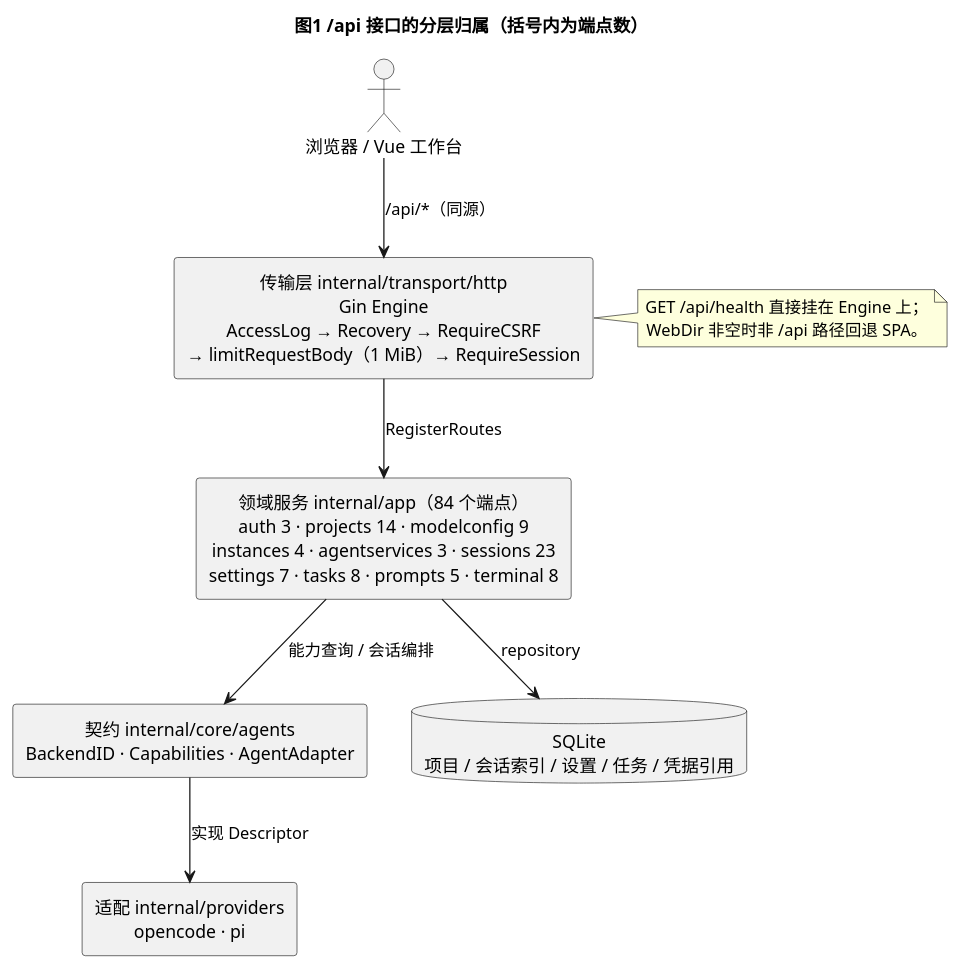
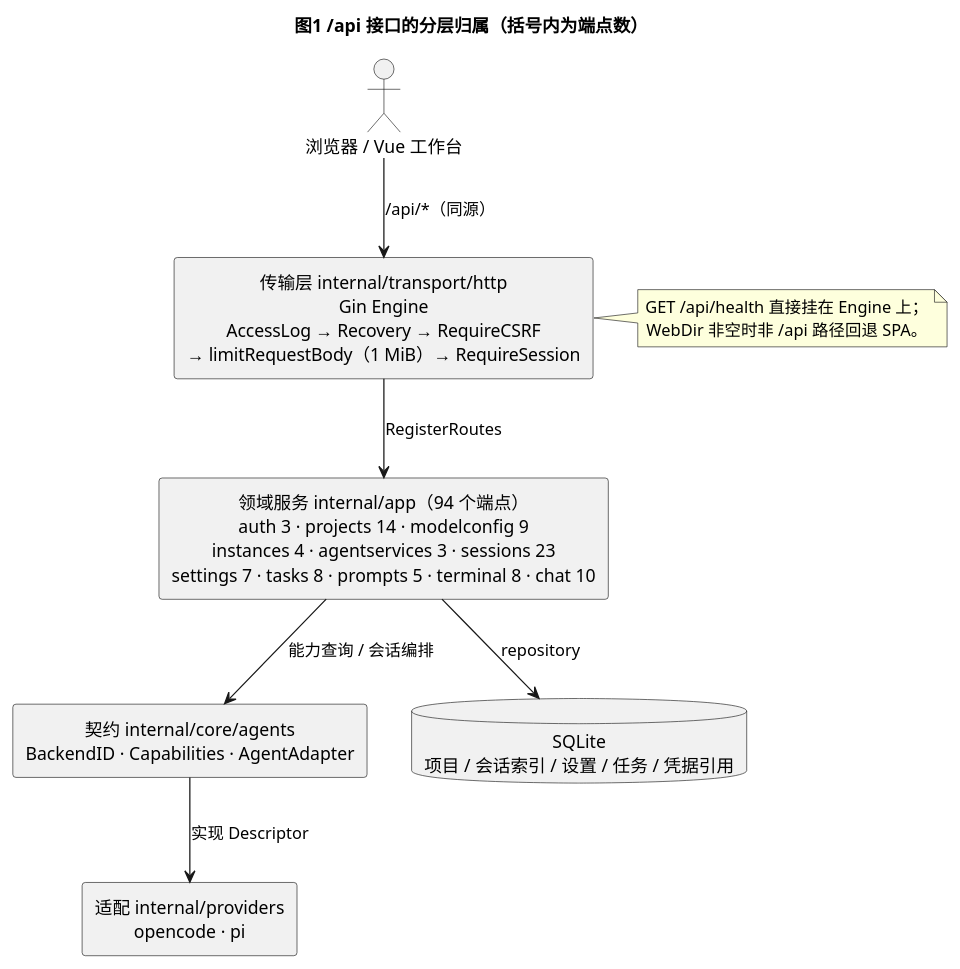
One commit to nickdevelop/dev_platform changed the first of 5 diagrams in docs/api/backend-api-inventory.md. Above: the diagram before and after it, drawn with PlantUML. The commit also changed other lines of this file and 54 other files, not shown here.

````diff
--- a/docs/api/backend-api-inventory.md
+++ b/docs/api/backend-api-inventory.md
@@ -33,30 +33,30 @@
 ```plantuml
 @startuml
 title 图1 /api 接口的分层归属（括号内为端点数）
 
 skinparam componentStyle rectangle
 skinparam defaultTextAlignment center
 top to bottom direction
 
 actor "浏览器 / Vue 工作台" as Web
 
 rectangle "传输层 internal/transport/http\nGin Engine\nAccessLog → Recovery → RequireCSRF\n→ limitRequestBody（1 MiB）→ RequireSession" as T
 
-rectangle "领域服务 internal/app（84 个端点）\nauth 3 · projects 14 · modelconfig 9\ninstances 4 · agentservices 3 · sessions 23\nsettings 7 · tasks 8 · prompts 5 · terminal 8" as D
+rectangle "领域服务 internal/app（94 个端点）\nauth 3 · projects 14 · modelconfig 9\ninstances 4 · agentservices 3 · sessions 23\nsettings 7 · tasks 8 · prompts 5 · terminal 8 · chat 10" as D
 
 rectangle "契约 internal/core/agents\nBackendID · Capabilities · AgentAdapter" as C
 rectangle "适配 internal/providers\nopencode · pi" as P
 database "SQLite\n项目 / 会话索引 / 设置 / 任务 / 凭据引用" as DB
 
 Web --> T : /api/*（同源）
 T --> D : RegisterRoutes
 D --> C : 能力查询 / 会话编排
 C --> P : 实现 Descriptor
 D --> DB : repository
 
 note right of T
   GET /api/health 直接挂在 Engine 上；
   WebDir 非空时非 /api 路径回退 SPA。
 end note
 @enduml
 ```
````
